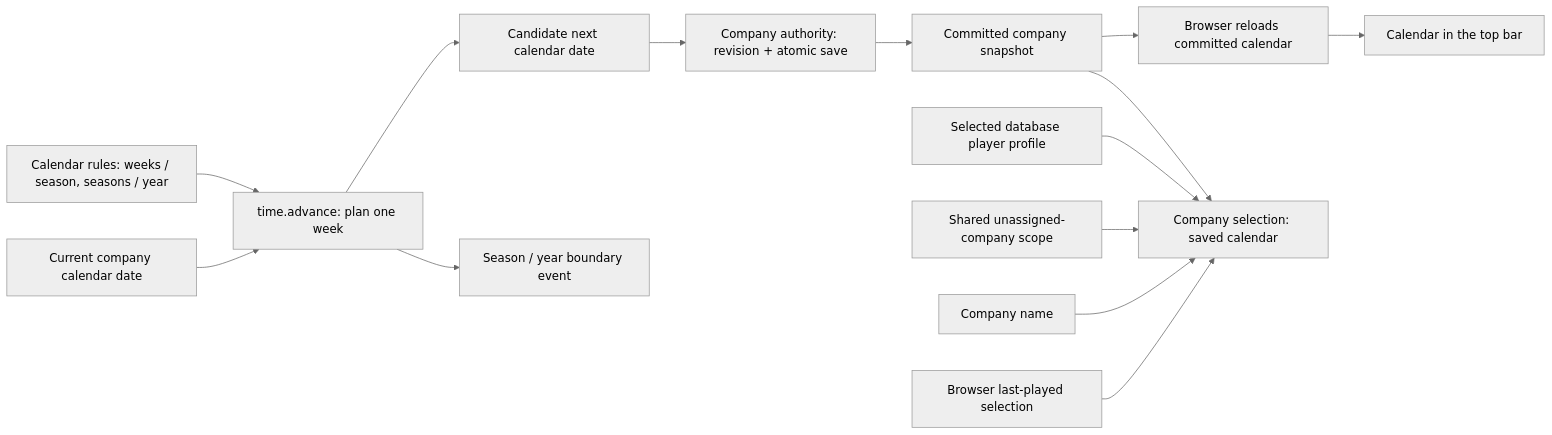
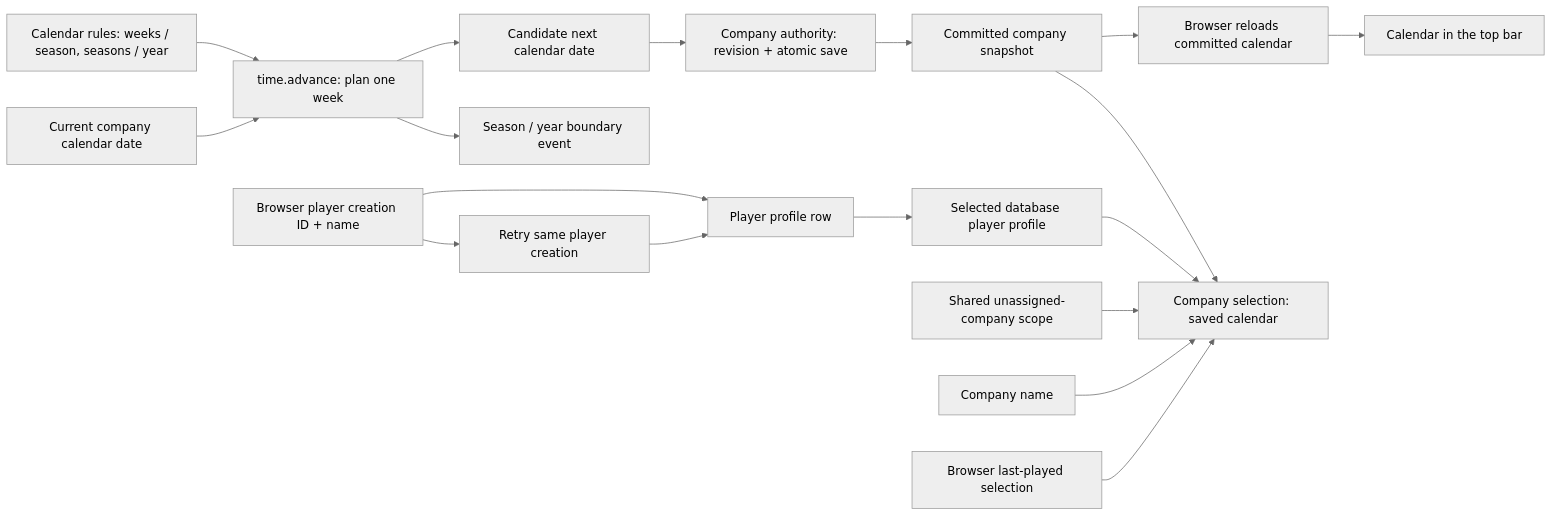
Before and after one commit to gram12321/winemaker05: the diagram in docs/WorkingDocs/VariableRelationshipMap.md, drawn with Mermaid (neutral theme). The commit also changed other lines of this file and 38 other files, not shown here.

````diff
--- a/docs/WorkingDocs/VariableRelationshipMap.md
+++ b/docs/WorkingDocs/VariableRelationshipMap.md
@@ -18,16 +18,20 @@
 ```mermaid
 flowchart LR
   RULES["Calendar rules: weeks / season, seasons / year"] --> ADVANCE["time.advance: plan one week"]
   DATE["Current company calendar date"] --> ADVANCE
   ADVANCE --> NEXT["Candidate next calendar date"]
   ADVANCE --> BOUNDARY["Season / year boundary event"]
   NEXT --> COMMIT["Company authority: revision + atomic save"]
   COMMIT --> SNAPSHOT["Committed company snapshot"]
   SNAPSHOT --> CLIENT["Browser reloads committed calendar"]
   CLIENT --> VIEW["Calendar in the top bar"]
   SNAPSHOT --> LIST["Company selection: saved calendar"]
   OWNER["Selected database player profile"] --> LIST
+  REQUEST["Browser player creation ID + name"] --> PROFILE["Player profile row"]
+  PROFILE --> OWNER
+  REQUEST --> RETRY["Retry same player creation"]
+  RETRY --> PROFILE
   UNASSIGNED["Shared unassigned-company scope"] --> LIST
   NAME["Company name"] --> LIST
   LOCAL["Browser last-played selection"] --> LIST
 ```
````
